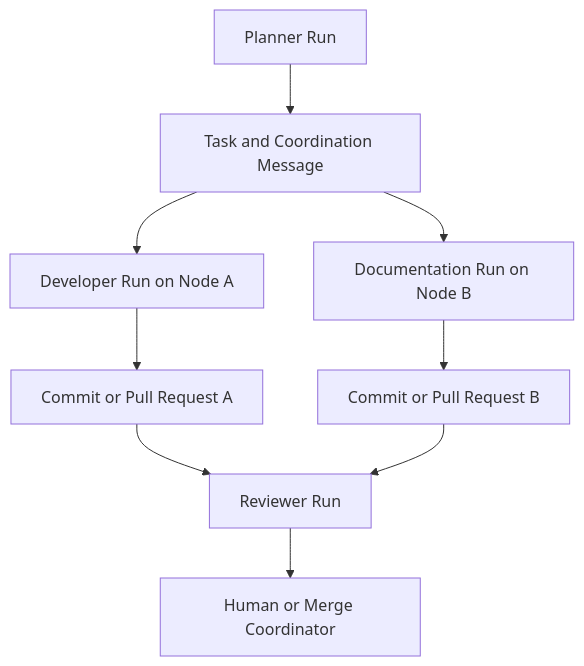
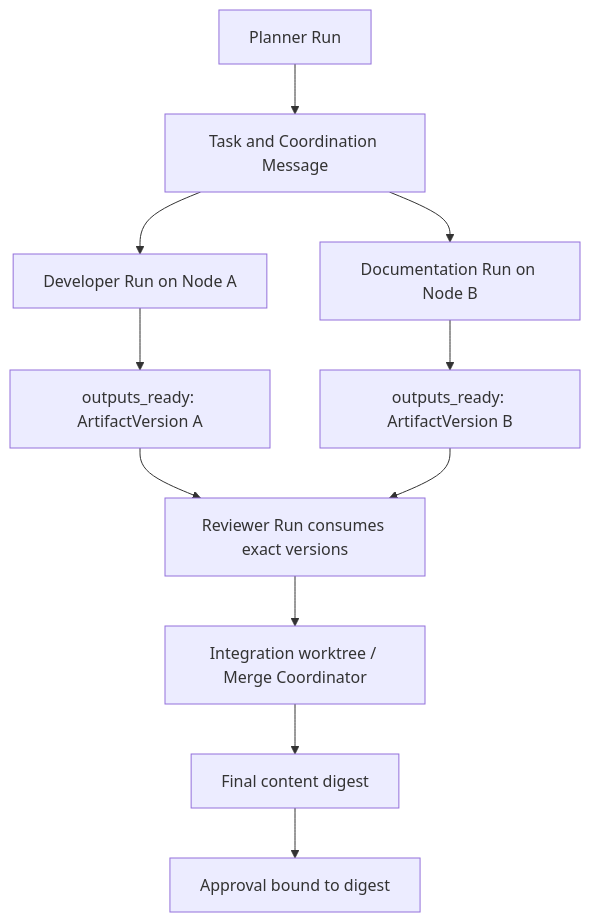
One commit to nicechencs/workforce changed the diagram in docs/diagrams/git-coordination-flow.md. Above: the diagram before and after it, drawn with Mermaid. The commit also changed other lines of this file and 29 other files, not shown here.

First line of the commit message:
docs: align D15-D18 contracts, flows, and docs checks

````diff
--- a/docs/diagrams/git-coordination-flow.md
+++ b/docs/diagrams/git-coordination-flow.md
@@ -3,11 +11,13 @@
 ```mermaid
 flowchart TD
   Planner[Planner Run] --> Task[Task and Coordination Message]
   Task --> Dev[Developer Run on Node A]
   Task --> Docs[Documentation Run on Node B]
-  Dev --> CommitA[Commit or Pull Request A]
-  Docs --> CommitB[Commit or Pull Request B]
-  CommitA --> Review[Reviewer Run]
-  CommitB --> Review
-  Review --> Merge[Human or Merge Coordinator]
+  Dev --> OutA[outputs_ready: ArtifactVersion A]
+  Docs --> OutB[outputs_ready: ArtifactVersion B]
+  OutA --> Review[Reviewer Run consumes exact versions]
+  OutB --> Review
+  Review --> Merge[Integration worktree / Merge Coordinator]
+  Merge --> Digest[Final content digest]
+  Digest --> Approval[Approval bound to digest]
 ```
````
